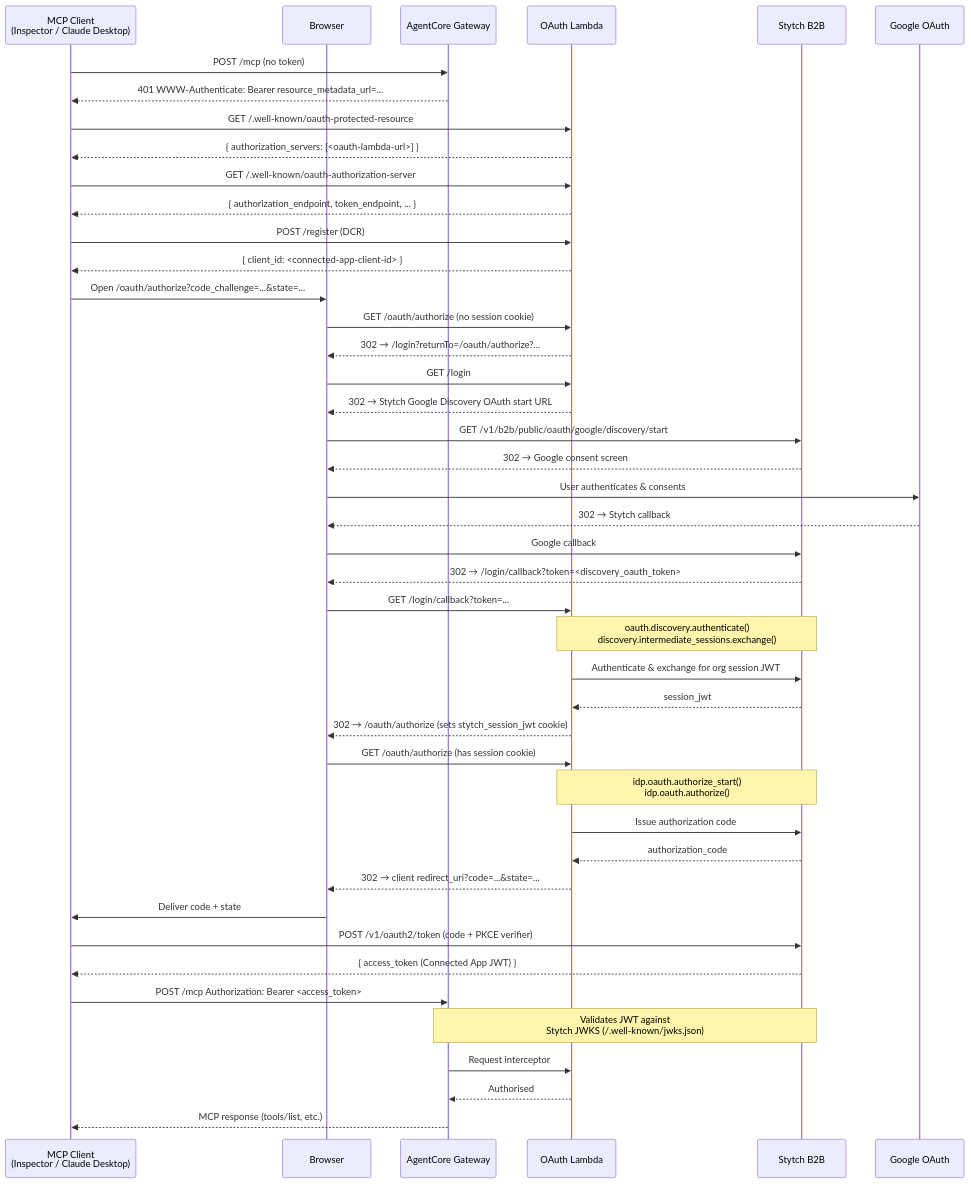
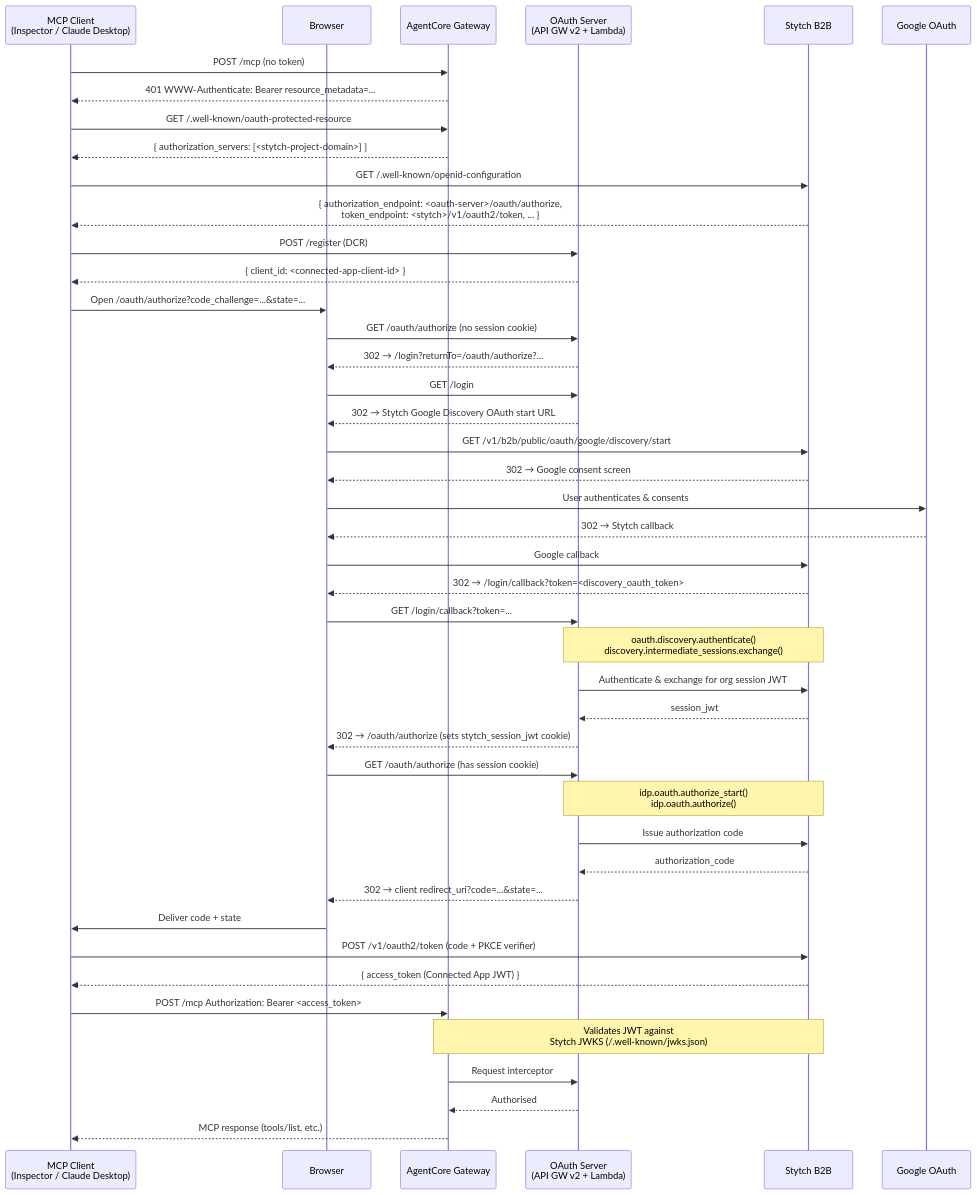
One commit to jmfajardod/claude-code-access-gateway-auth changed the second of 2 diagrams in README.md. Above: the diagram before and after it, drawn with Mermaid. The commit also changed other lines of this file and 3 other files, not shown here.

Commit message:
feat: Update OAuth integration to use API Gateway instead of Lambda Function URL

````diff
--- a/README.md
+++ b/README.md
@@ -53,60 +55,60 @@
 ```mermaid
 sequenceDiagram
     participant Client as MCP Client<br/>(Inspector / Claude Desktop)
     participant Browser as Browser
     participant Gateway as AgentCore Gateway
-    participant OAuthLambda as OAuth Lambda
+    participant OAuthLambda as OAuth Server<br/>(API GW v2 + Lambda)
     participant Stytch as Stytch B2B
     participant Google as Google OAuth
 
     Client->>Gateway: POST /mcp (no token)
-    Gateway-->>Client: 401 WWW-Authenticate: Bearer resource_metadata_url=...
+    Gateway-->>Client: 401 WWW-Authenticate: Bearer resource_metadata=...
 
-    Client->>OAuthLambda: GET /.well-known/oauth-protected-resource
-    OAuthLambda-->>Client: { authorization_servers: [<oauth-lambda-url>] }
+    Client->>Gateway: GET /.well-known/oauth-protected-resource
+    Gateway-->>Client: { authorization_servers: [<stytch-project-domain>] }
 
-    Client->>OAuthLambda: GET /.well-known/oauth-authorization-server
-    OAuthLambda-->>Client: { authorization_endpoint, token_endpoint, ... }
+    Client->>Stytch: GET /.well-known/openid-configuration
+    Stytch-->>Client: { authorization_endpoint: <oauth-server>/oauth/authorize,<br/>token_endpoint: <stytch>/v1/oauth2/token, ... }
 
     Client->>OAuthLambda: POST /register (DCR)
     OAuthLambda-->>Client: { client_id: <connected-app-client-id> }
 
     Client->>Browser: Open /oauth/authorize?code_challenge=...&state=...
     Browser->>OAuthLambda: GET /oauth/authorize (no session cookie)
     OAuthLambda-->>Browser: 302 → /login?returnTo=/oauth/authorize?...
 
     Browser->>OAuthLambda: GET /login
     OAuthLambda-->>Browser: 302 → Stytch Google Discovery OAuth start URL
 
     Browser->>Stytch: GET /v1/b2b/public/oauth/google/discovery/start
     Stytch-->>Browser: 302 → Google consent screen
 
     Browser->>Google: User authenticates & consents
     Google-->>Browser: 302 → Stytch callback
 
     Browser->>Stytch: Google callback
     Stytch-->>Browser: 302 → /login/callback?token=<discovery_oauth_token>
 
     Browser->>OAuthLambda: GET /login/callback?token=...
     Note over OAuthLambda,Stytch: oauth.discovery.authenticate()<br/>discovery.intermediate_sessions.exchange()
     OAuthLambda->>Stytch: Authenticate & exchange for org session JWT
     Stytch-->>OAuthLambda: session_jwt
     OAuthLambda-->>Browser: 302 → /oauth/authorize (sets stytch_session_jwt cookie)
 
     Browser->>OAuthLambda: GET /oauth/authorize (has session cookie)
     Note over OAuthLambda,Stytch: idp.oauth.authorize_start()<br/>idp.oauth.authorize()
     OAuthLambda->>Stytch: Issue authorization code
     Stytch-->>OAuthLambda: authorization_code
     OAuthLambda-->>Browser: 302 → client redirect_uri?code=...&state=...
 
     Browser->>Client: Deliver code + state
 
     Client->>Stytch: POST /v1/oauth2/token (code + PKCE verifier)
     Stytch-->>Client: { access_token (Connected App JWT) }
 
     Client->>Gateway: POST /mcp Authorization: Bearer <access_token>
     Note over Gateway,Stytch: Validates JWT against<br/>Stytch JWKS (/.well-known/jwks.json)
     Gateway->>OAuthLambda: Request interceptor
     OAuthLambda-->>Gateway: Authorised
     Gateway-->>Client: MCP response (tools/list, etc.)
 ```
````
